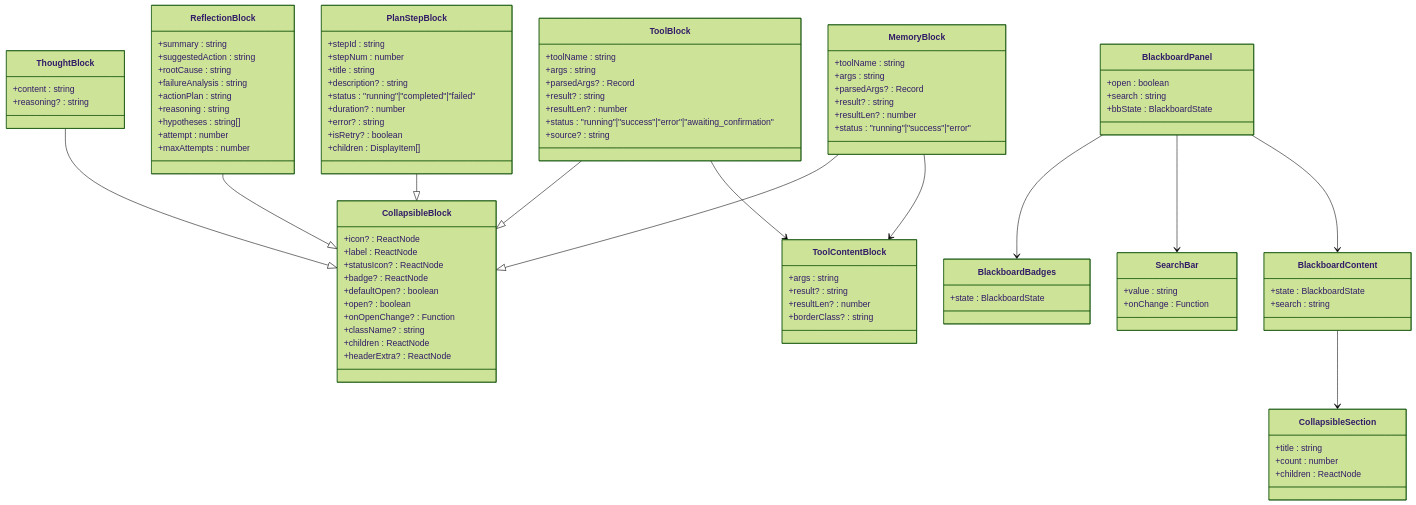
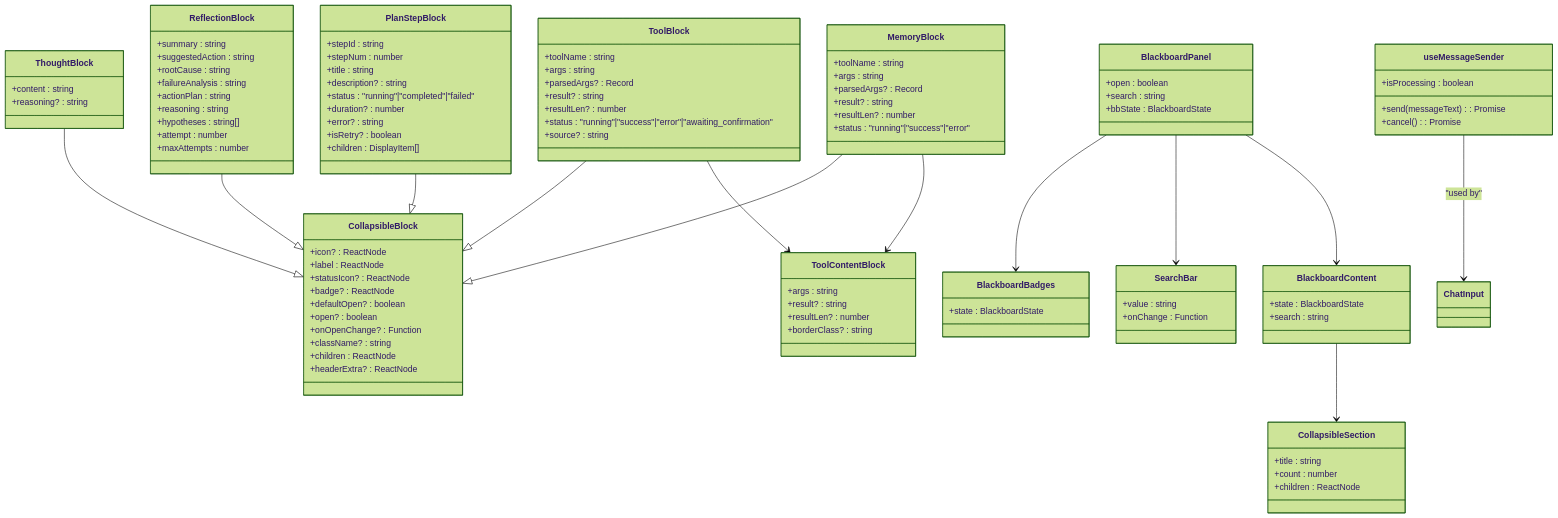
Before and after one commit to v0lka/c0wrk: diagram 16 of 17 in .qoder/repowiki/en/content/Frontend Application/UI Components/Chat Interface Components.md, drawn with Mermaid (forest theme). The commit also changed other lines of this file and 35 other files, not shown here.

````diff
--- a/.qoder/repowiki/en/content/Frontend Application/UI Components/Chat Interface Components.md
+++ b/.qoder/repowiki/en/content/Frontend Application/UI Components/Chat Interface Components.md
@@ -746,6 +817,11 @@
 +count : number
 +children : ReactNode
 }
+class useMessageSender {
++send(messageText) : Promise<void>
++cancel() : Promise<void>
++isProcessing : boolean
+}
 ThoughtBlock --|> CollapsibleBlock
 ReflectionBlock --|> CollapsibleBlock
 ToolBlock --|> CollapsibleBlock
@@ -757,4 +833,5 @@
 BlackboardPanel --> SearchBar
 BlackboardPanel --> BlackboardContent
 BlackboardContent --> CollapsibleSection
+useMessageSender --> ChatInput : "used by"
 ```
````
